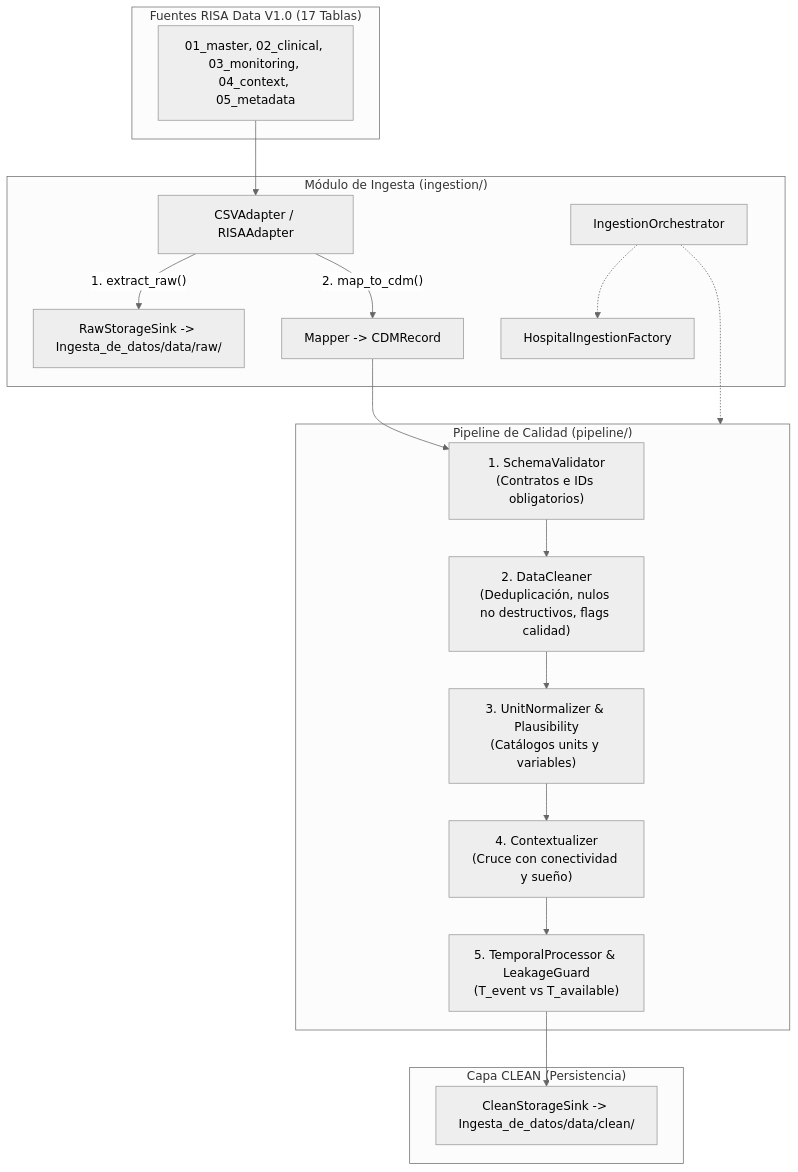
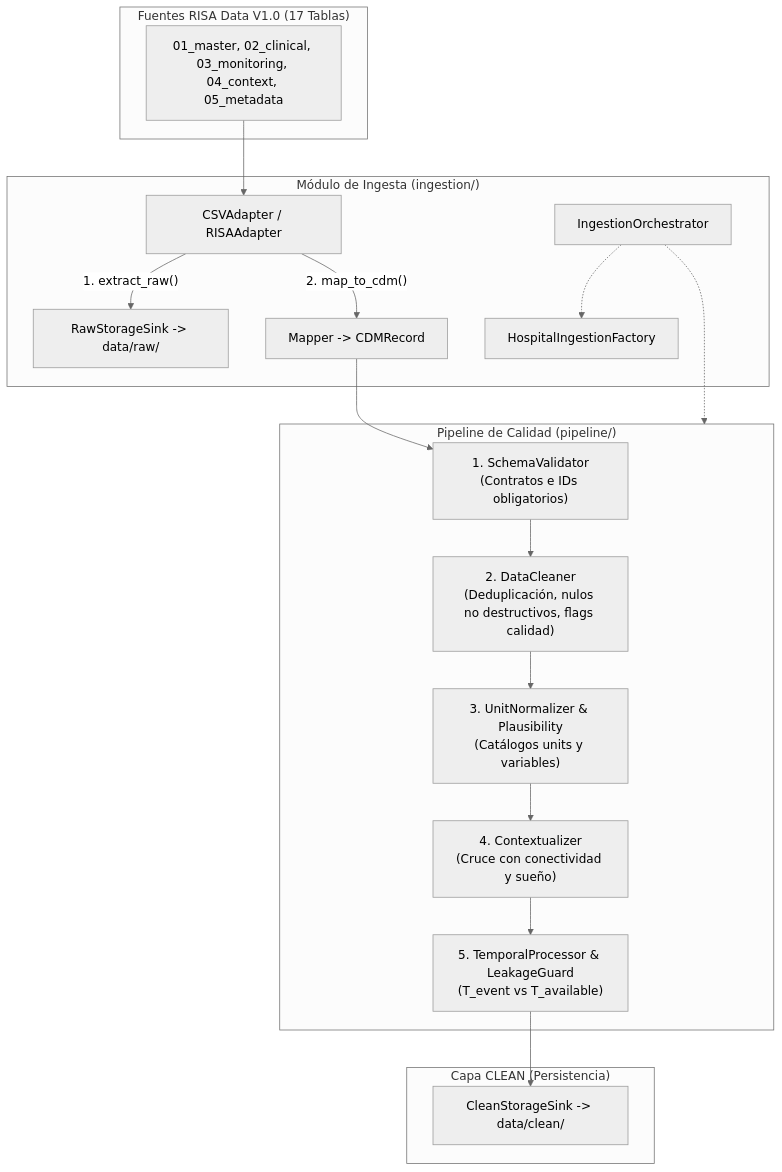
Before and after one commit to DianaChavez2210/hack: the diagram in Documentación/04_Plan_Implementacion_Ingesta.md, drawn with Mermaid (neutral theme). The commit also changed other lines of this file, not shown here.

````diff
--- a/Documentación/04_Plan_Implementacion_Ingesta.md
+++ b/Documentación/04_Plan_Implementacion_Ingesta.md
@@ -33,38 +33,38 @@
 ```mermaid
 flowchart TD
     subgraph Origen["Fuentes RISA Data V1.0 (17 Tablas)"]
         CSV_Files["01_master, 02_clinical, 03_monitoring, 04_context, 05_metadata"]
     end
 
     subgraph Ingesta["Módulo de Ingesta (ingestion/)"]
         Factory["HospitalIngestionFactory"]
         CSV_Ad["CSVAdapter / RISAAdapter"]
-        RawSink["RawStorageSink -> Ingesta_de_datos/data/raw/"]
+        RawSink["RawStorageSink -> data/raw/"]
         Mapper["Mapper -> CDMRecord"]
         Orchestrator["IngestionOrchestrator"]
     end
 
     subgraph Pipeline["Pipeline de Calidad (pipeline/)"]
         Val["1. SchemaValidator\n(Contratos e IDs obligatorios)"]
         Clean["2. DataCleaner\n(Deduplicación, nulos no destructivos, flags calidad)"]
         Norm["3. UnitNormalizer & Plausibility\n(Catálogos units y variables)"]
         Context["4. Contextualizer\n(Cruce con conectividad y sueño)"]
         Temp["5. TemporalProcessor & LeakageGuard\n(T_event vs T_available)"]
     end
 
     subgraph Destino["Capa CLEAN (Persistencia)"]
-        CleanSink["CleanStorageSink -> Ingesta_de_datos/data/clean/"]
+        CleanSink["CleanStorageSink -> data/clean/"]
     end
 
     CSV_Files --> CSV_Ad
     CSV_Ad -->|"1. extract_raw()"| RawSink
     CSV_Ad -->|"2. map_to_cdm()"| Mapper
     Mapper --> Val
     Val --> Clean
     Clean --> Norm
     Norm --> Context
     Context --> Temp
     Temp --> CleanSink
     Orchestrator -.-> Factory
     Orchestrator -.-> Pipeline
 ```
````
